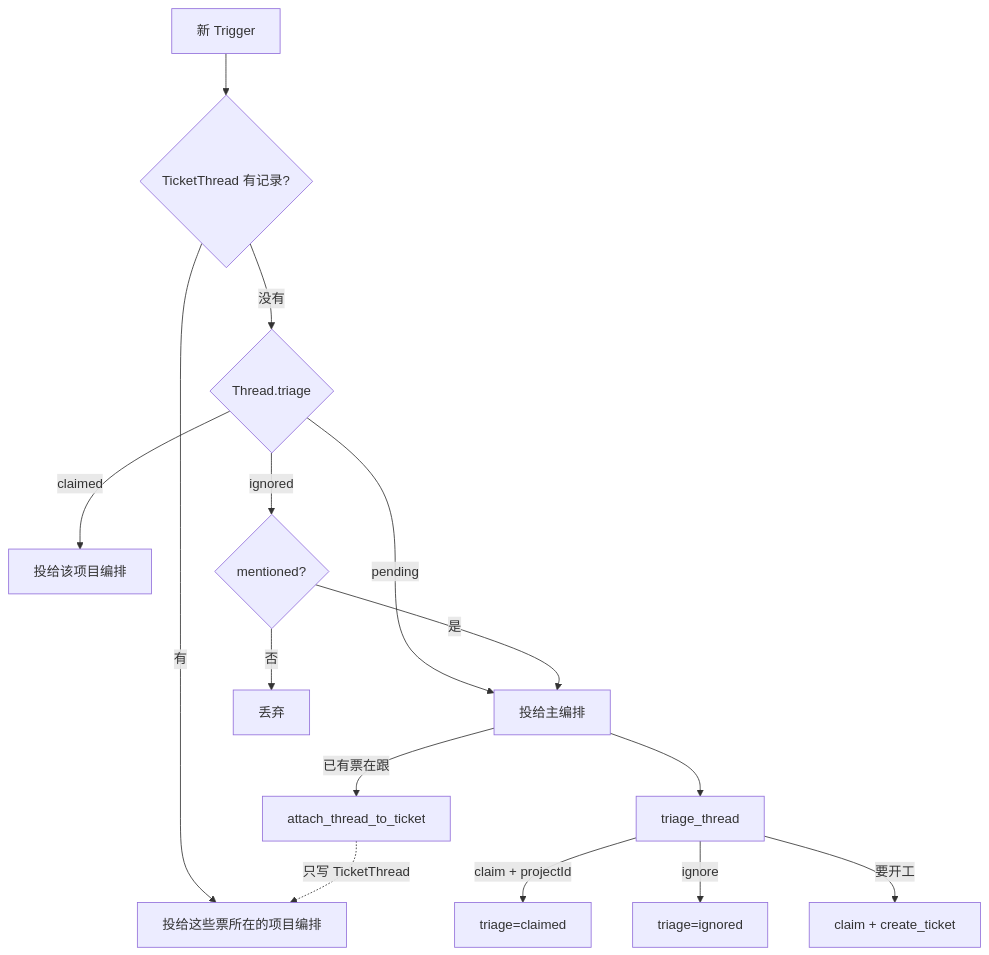
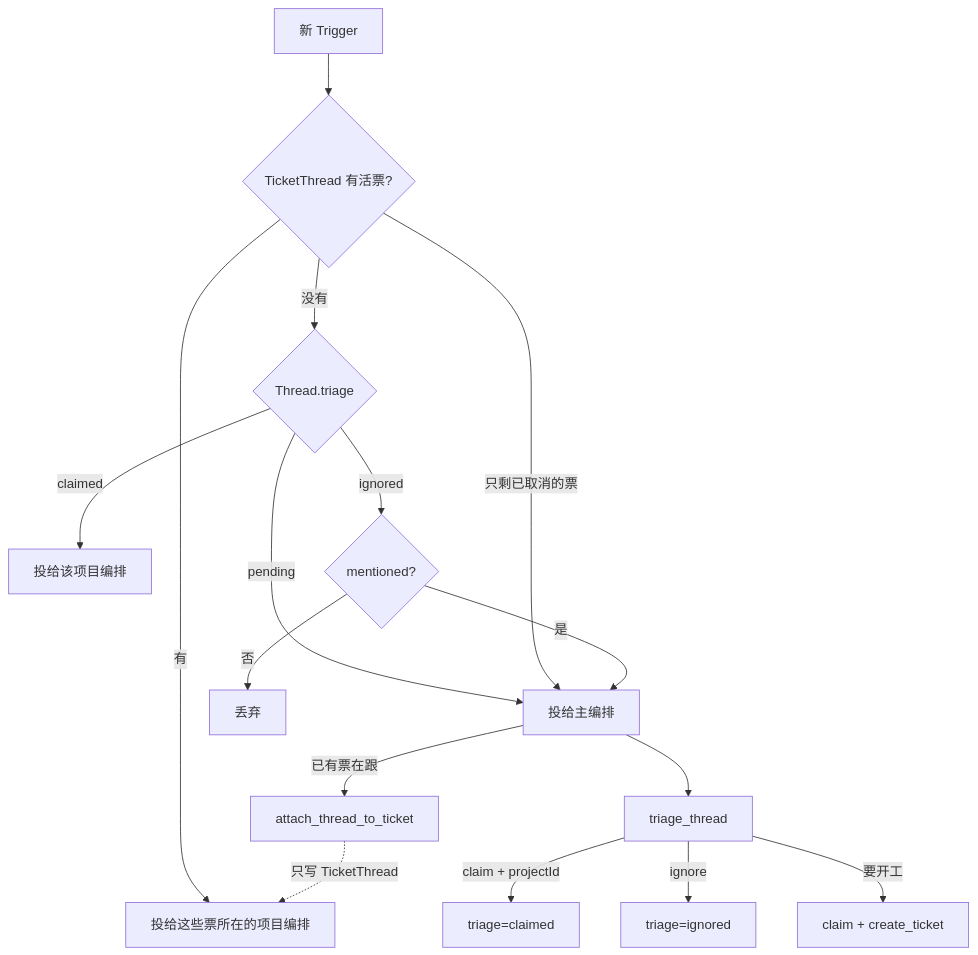
One commit to hairyfbot/dsh-supermesh changed the second of 10 diagrams in docs/flow.md. Above: the diagram before and after it, drawn with Mermaid. The commit also changed other lines of this file and 9 other files, not shown here.

````diff
--- a/docs/flow.md
+++ b/docs/flow.md
@@ -58,22 +58,23 @@
 ```mermaid
 flowchart TD
-    T["新 Trigger"] --> S{"TicketThread 有记录?"}
+    T["新 Trigger"] --> S{"TicketThread 有活票?"}
 
     S -->|有| K["投给这些票所在的项目编排"]
     S -->|没有| Q{"Thread.triage"}
 
     Q -->|pending| M["投给主编排"]
     Q -->|claimed| P["投给该项目编排"]
     Q -->|ignored| I{"mentioned?"}
+    S -->|"只剩已取消的票"| M
 
     I -->|否| DROP["丢弃"]
     I -->|是| M
 
     M --> T2["triage_thread"]
     T2 -->|"claim + projectId"| C["triage=claimed"]
     T2 -->|ignore| G["triage=ignored"]
     T2 -->|"要开工"| C2["claim + create_ticket"]
 
     M -->|"已有票在跟"| A["attach_thread_to_ticket"]
     A -.->|"只写 TicketThread"| K
 ```
````
